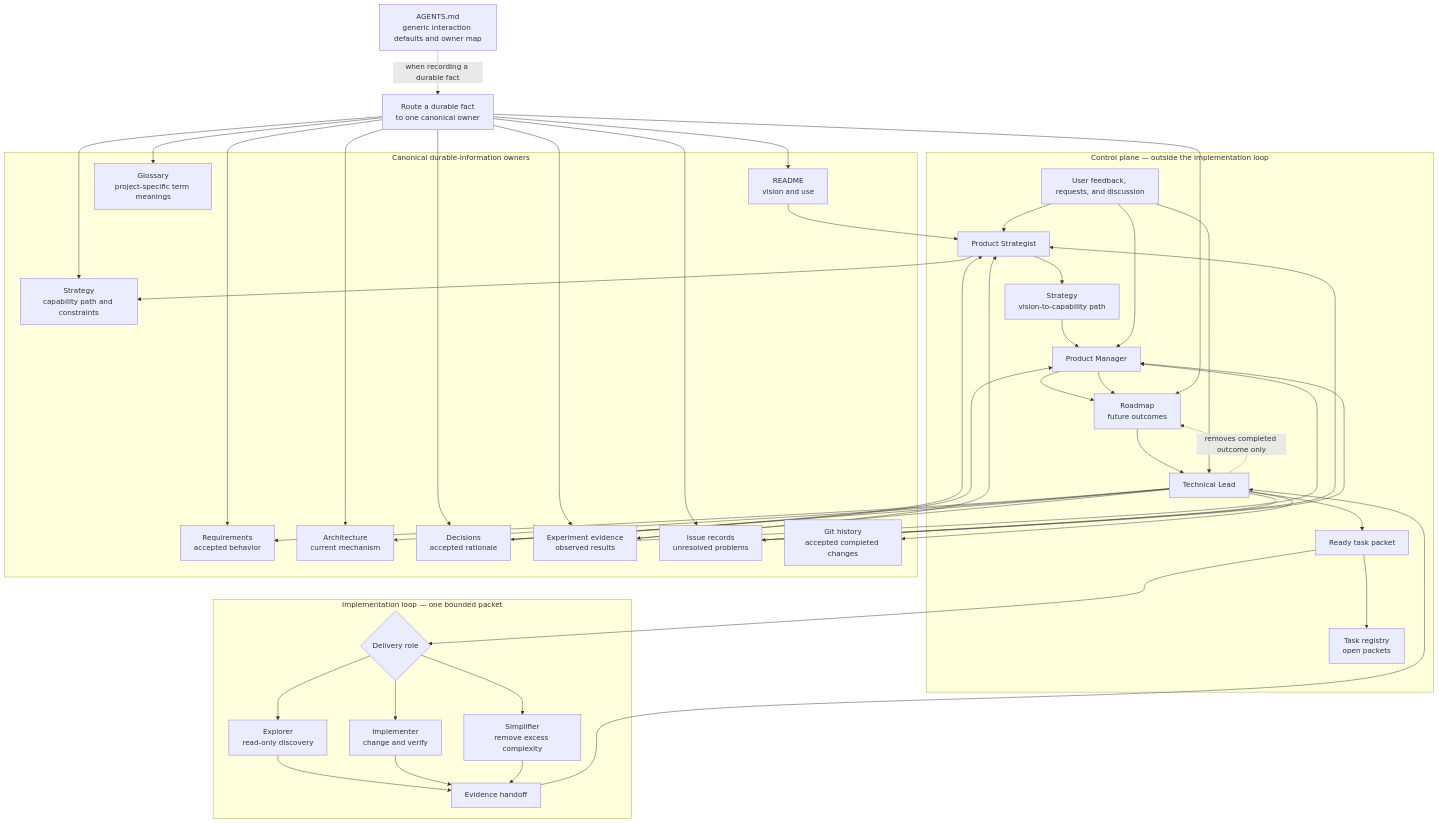
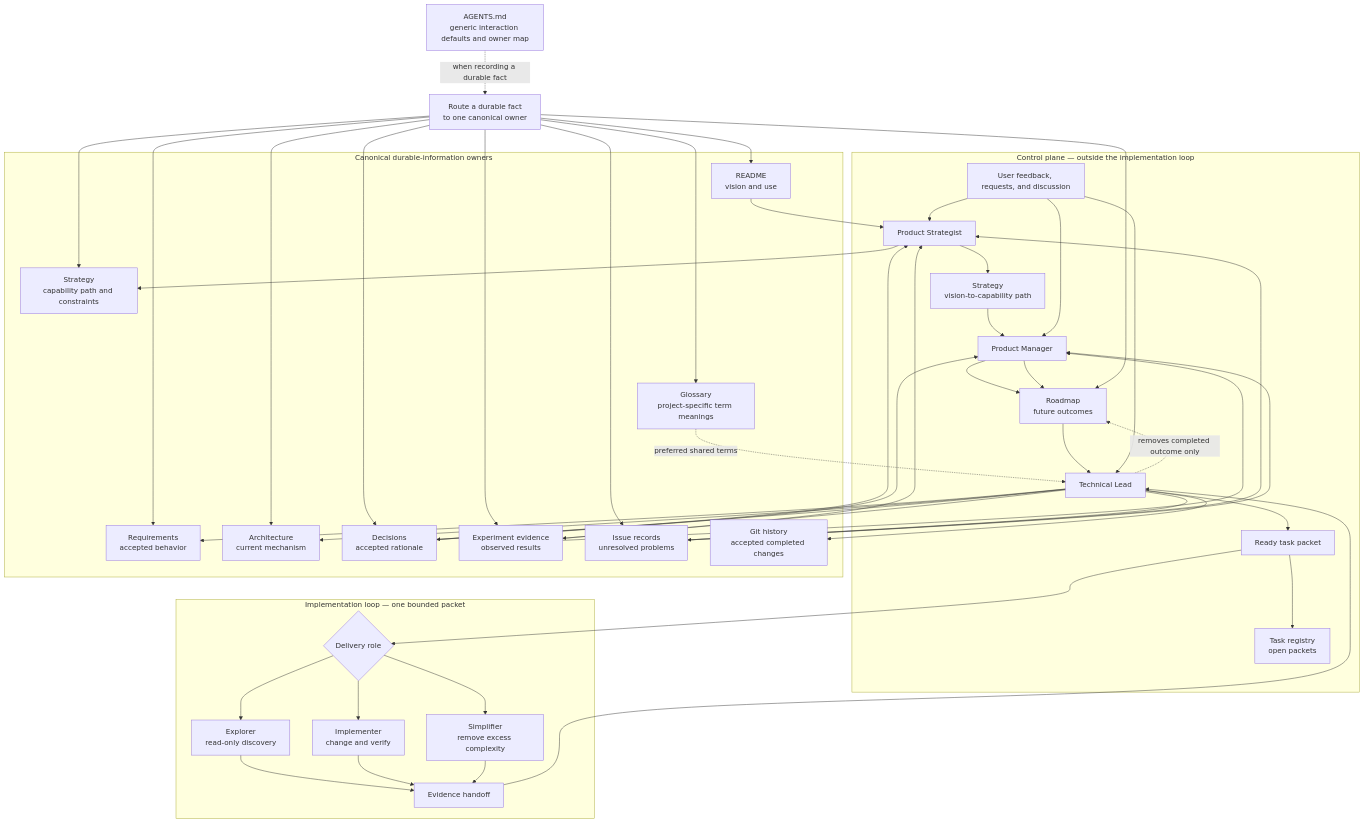
Before and after one commit to AlexeyNilov/npc: the diagram in docs/information-flow.md, drawn with Mermaid. The commit also changed other lines of this file and 6 other files, not shown here.

```diff
--- a/docs/information-flow.md
+++ b/docs/information-flow.md
@@ -66,6 +66,7 @@
   TechLead --> Issues
   TechLead --> History
   TechLead -. removes completed outcome only .-> Roadmap
+  Glossary -. preferred shared terms .-> TechLead
   Strategist --> StrategyOwner
   Vision --> Strategist
   Evidence --> Strategist
```
